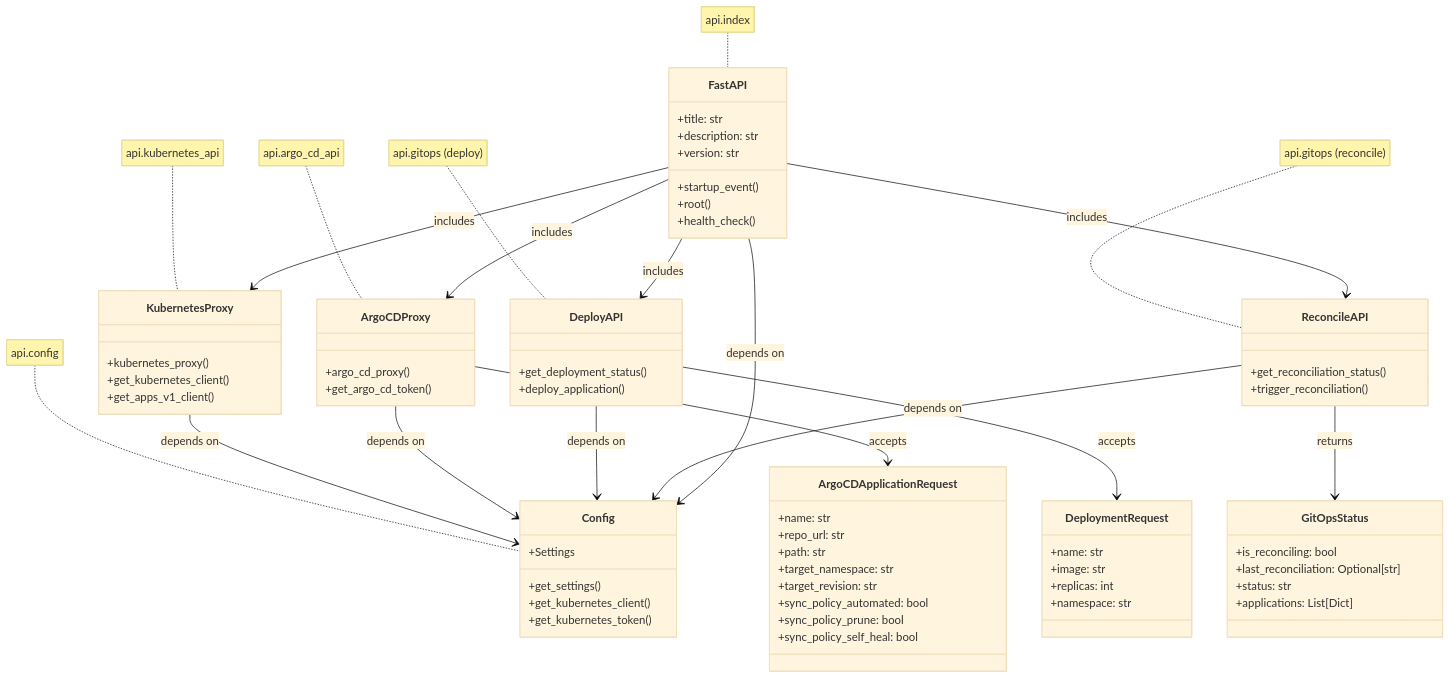
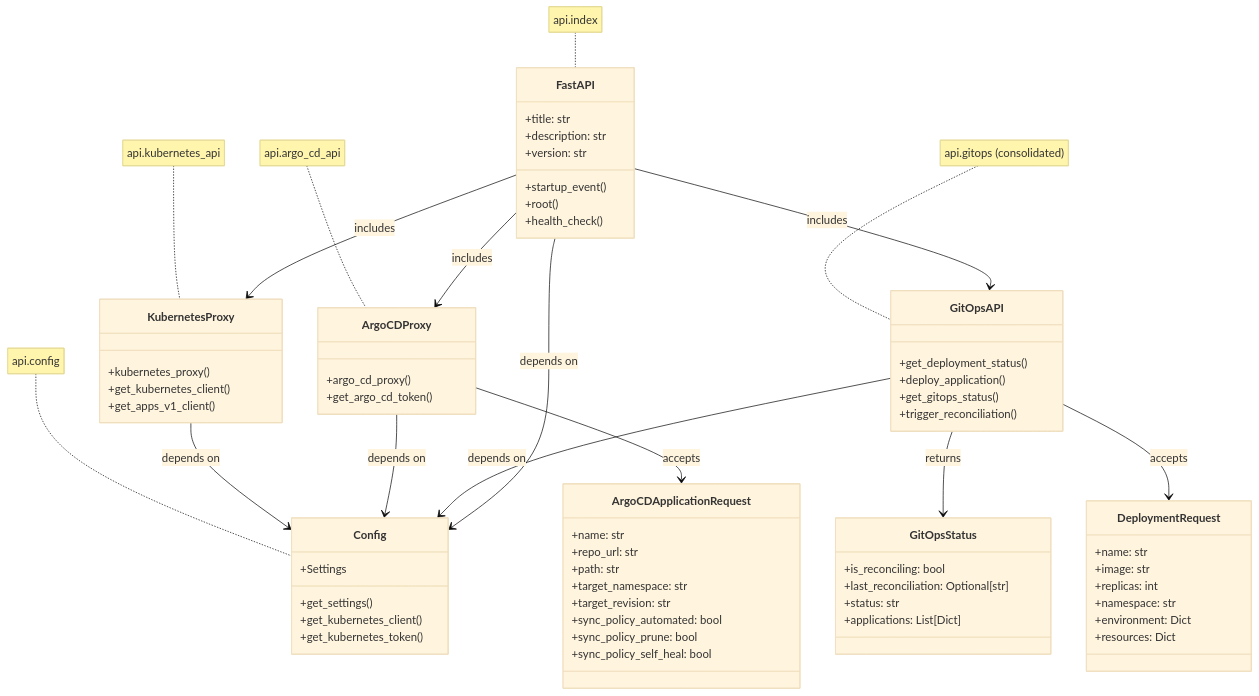
The sixth of 11 diagrams in README.md (lloydchang/tvp-k8s), drawn with Mermaid (base theme) before and after one commit. The commit also changed 5 other files, not shown here.

````diff
--- a/README.md
+++ b/README.md
@@ -593,13 +593,10 @@
         +get_argo_cd_token()
     }
     
-    class DeployAPI {
+    class GitOpsAPI {
         +get_deployment_status()
         +deploy_application()
-    }
-    
-    class ReconcileAPI {
-        +get_reconciliation_status()
+        +get_gitops_status()
         +trigger_reconciliation()
     }
     
@@ -622,6 +619,8 @@
         +image: str
         +replicas: int
         +namespace: str
+        +environment: Dict
+        +resources: Dict
     }
 
     class ArgoCDApplicationRequest {
@@ -637,21 +636,18 @@
     
     FastAPI --> KubernetesProxy : includes
     FastAPI --> ArgoCDProxy : includes
-    FastAPI --> DeployAPI : includes
-    FastAPI --> ReconcileAPI : includes
+    FastAPI --> GitOpsAPI : includes
     KubernetesProxy --> Config : depends on
     ArgoCDProxy --> Config : depends on
-    DeployAPI --> Config : depends on
-    ReconcileAPI --> Config : depends on
+    GitOpsAPI --> Config : depends on
     FastAPI --> Config : depends on
-    ReconcileAPI --> GitOpsStatus : returns
-    DeployAPI --> DeploymentRequest : accepts
+    GitOpsAPI --> GitOpsStatus : returns
+    GitOpsAPI --> DeploymentRequest : accepts
     ArgoCDProxy --> ArgoCDApplicationRequest : accepts
 
     note for FastAPI "api.index"
     note for KubernetesProxy "api.kubernetes_api"
     note for ArgoCDProxy "api.argo_cd_api" 
-    note for DeployAPI "api.gitops (deploy)"
-    note for ReconcileAPI "api.gitops (reconcile)"
+    note for GitOpsAPI "api.gitops (consolidated)"
     note for Config "api.config"
 ```
````
